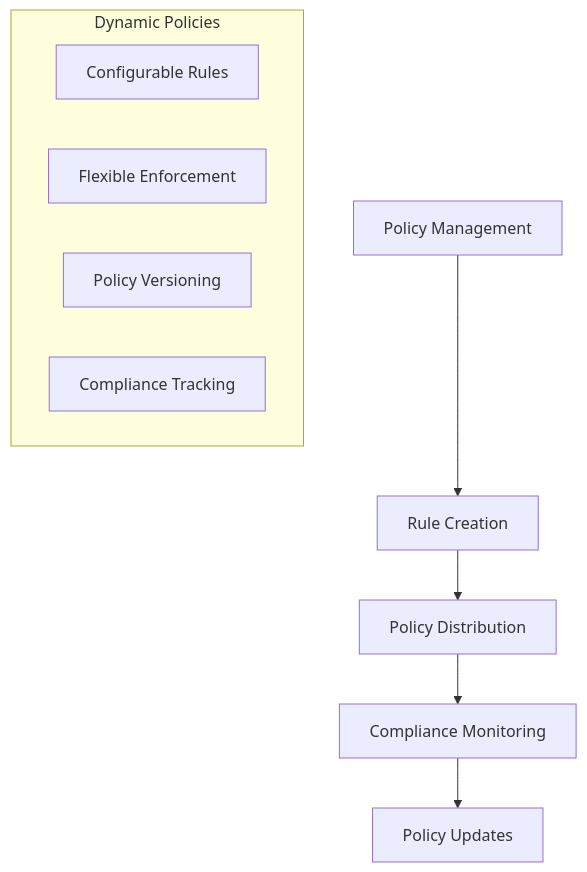
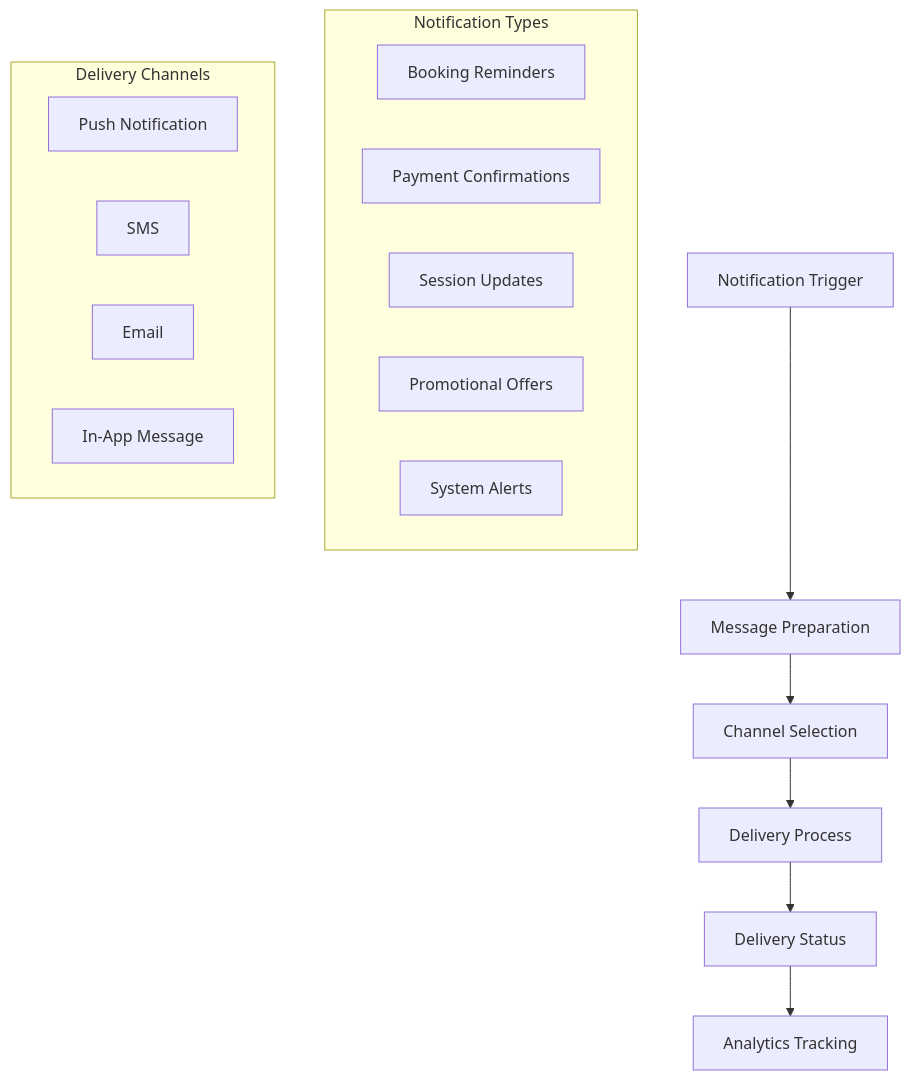
Diagram 22 of 31 in Planing/03-analisa-fitur.md (BlackCoffeee/raujan_pool), drawn with Mermaid before and after one commit. The commit also changed other lines of this file and 2 other files, not shown here.

Commit message:
Update feature analysis and database design documentation to include Push Notification System, Rating & Review System, Check-in & Attendance System, and associated stored procedures for attendance management and equipment handling.

````diff
--- a/Planing/03-analisa-fitur.md
+++ b/Planing/03-analisa-fitur.md
@@ -728,14 +728,23 @@
 ```mermaid
 graph TD
-    A[Policy Management] --> B[Rule Creation]
-    B --> C[Policy Distribution]
-    C --> D[Compliance Monitoring]
-    D --> E[Policy Updates]
+    A[Notification Trigger] --> B[Message Preparation]
+    B --> C[Channel Selection]
+    C --> D[Delivery Process]
+    D --> E[Delivery Status]
+    E --> F[Analytics Tracking]
 
-    subgraph "Dynamic Policies"
-        P1[Configurable Rules]
-        P2[Flexible Enforcement]
-        P3[Policy Versioning]
-        P4[Compliance Tracking]
+    subgraph "Notification Types"
+        NT1[Booking Reminders]
+        NT2[Payment Confirmations]
+        NT3[Session Updates]
+        NT4[Promotional Offers]
+        NT5[System Alerts]
+    end
+
+    subgraph "Delivery Channels"
+        DC1[Push Notification]
+        DC2[SMS]
+        DC3[Email]
+        DC4[In-App Message]
     end
 ```
````
